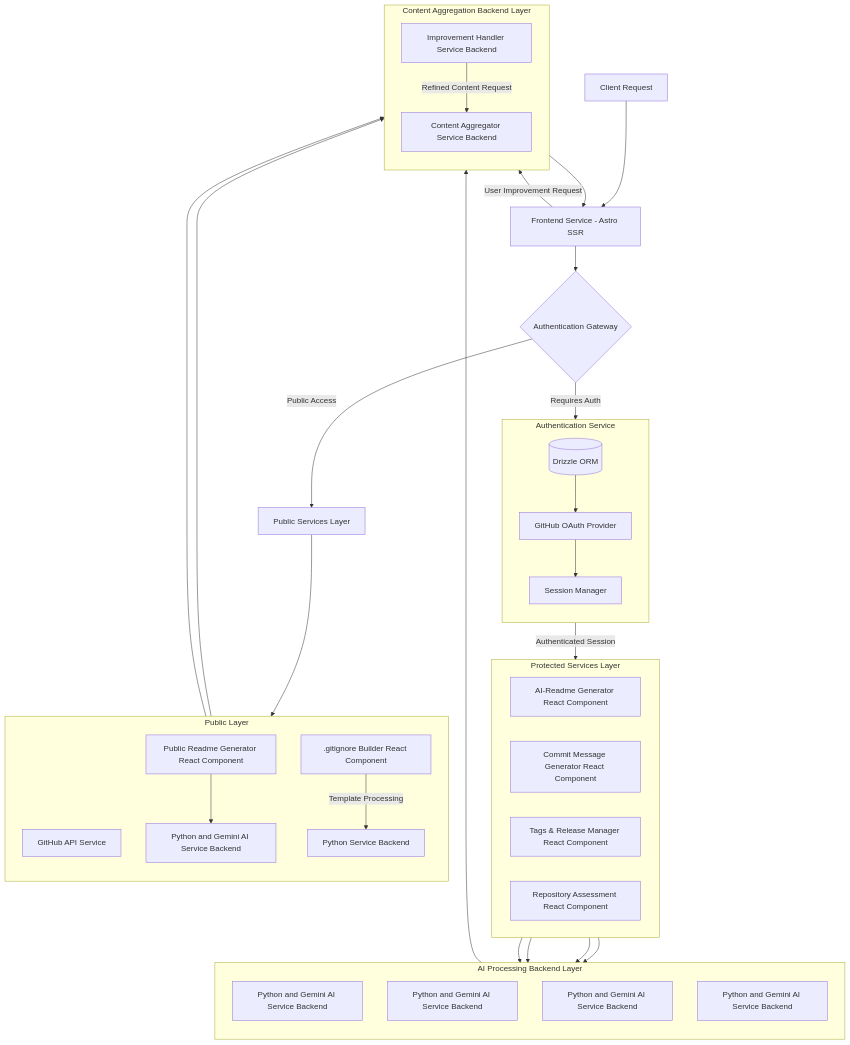
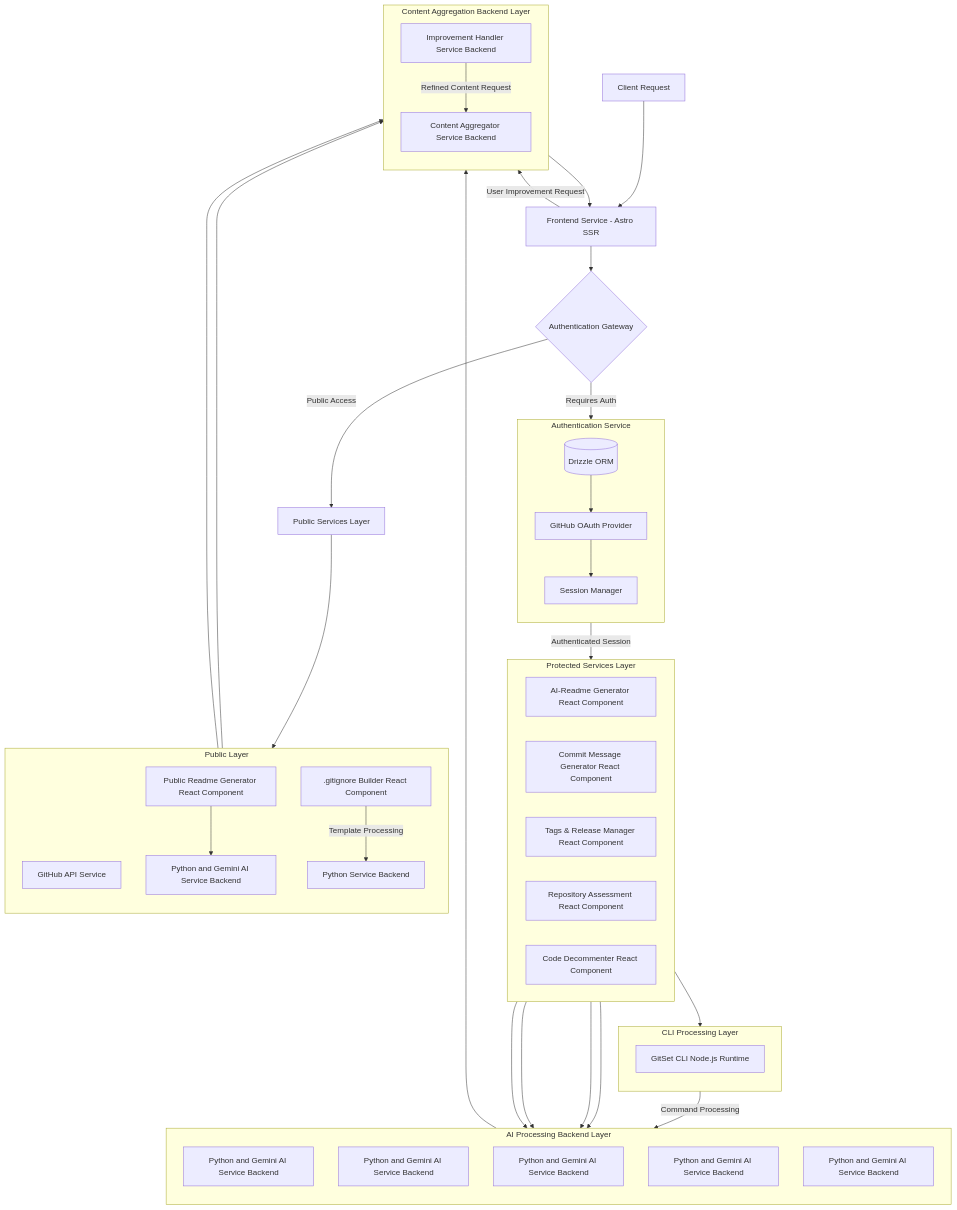
Before and after one commit to imprvhub/gitset: the diagram in README.md, drawn with Mermaid. The commit also changed other lines of this file and 7 other files, not shown here.

```diff
--- a/README.md
+++ b/README.md
@@ -45,10 +48,17 @@
         commitGen[Commit Message Generator React Component]
         releaseMgr[Tags & Release Manager React Component]
         repoAnalytics[Repository Assessment React Component]
+        decommenterService[Code Decommenter React Component]
     end
     
     sessionMgr -->|Authenticated Session| protectedServices
     
+    %% CLI Layer for Tags & Releases
+    subgraph cliLayer[CLI Processing Layer]
+        direction TB
+        gitsetCLI[GitSet CLI Node.js Runtime]
+    end
+
     %% AI Processing for Protected Services (Backend)
     subgraph aiProcessing[AI Processing Backend Layer]
         direction TB
@@ -56,12 +66,15 @@
         geminiAI2[Python and Gemini AI Service Backend]
         geminiAI3[Python and Gemini AI Service Backend]
         geminiAI4[Python and Gemini AI Service Backend]
+        geminiAI5[Python and Gemini AI Service Backend]
     end
     
     readmeGen --> geminiAI1
     commitGen --> geminiAI2
-    releaseMgr --> geminiAI3
+    releaseMgr --> gitsetCLI
+    gitsetCLI -->|Command Processing| geminiAI3
     repoAnalytics --> geminiAI4
+    decommenterService --> geminiAI5
     
     %% Public Services Flow
     authGateway -->|Public Access| publicServices[Public Services Layer]
```
